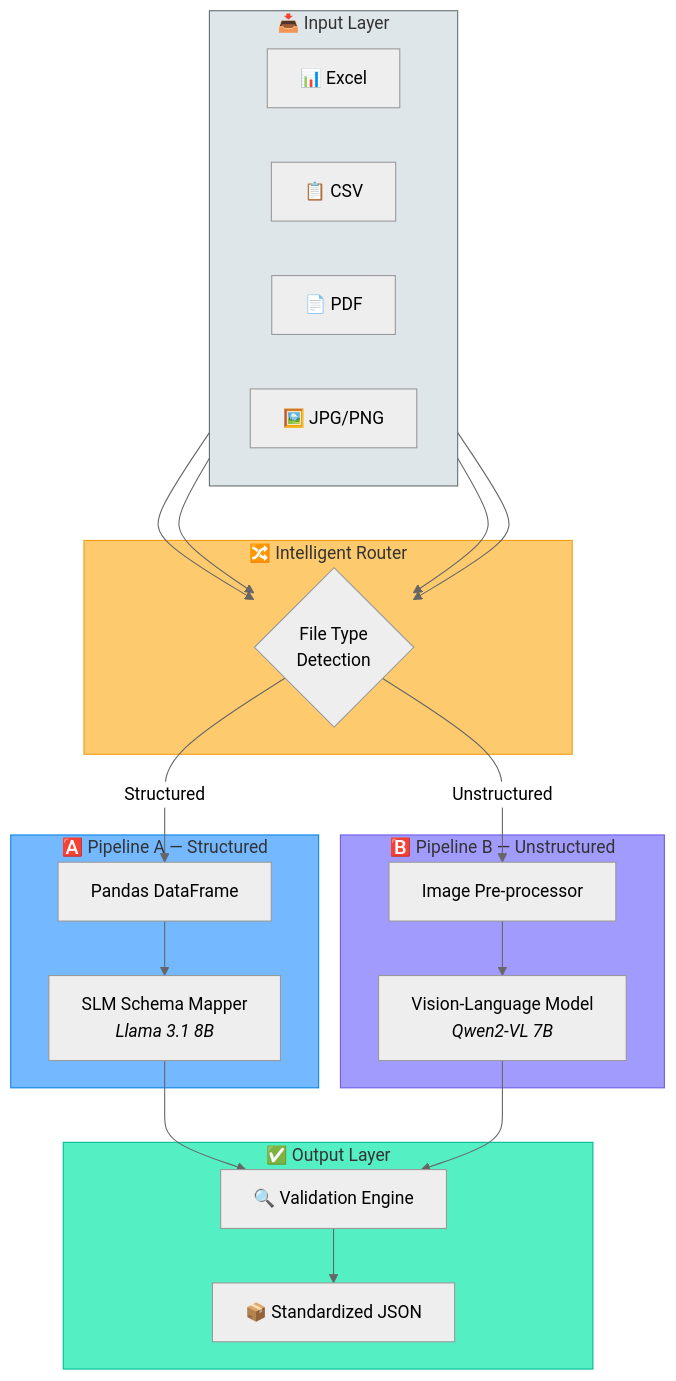
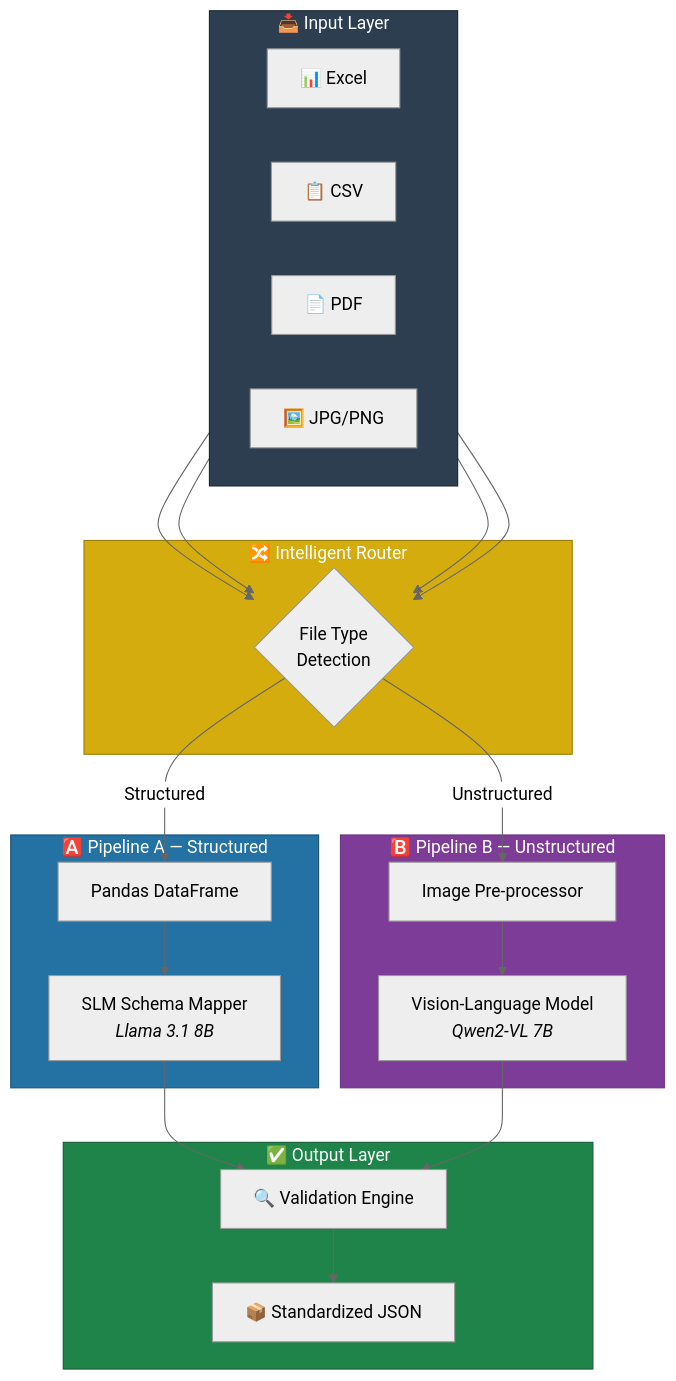
The second of 12 diagrams in README.md (KJCREATOR/VYOMEXTRACT), drawn with Mermaid (neutral theme) before and after one commit. The commit also changed other lines of this file, not shown here.

````diff
--- a/README.md
+++ b/README.md
@@ -63,45 +66,45 @@
 ```mermaid
 graph TB
     subgraph INPUT ["📥 Input Layer"]
         direction LR
         XLSX["📊 Excel"]
         CSV["📋 CSV"]
         PDF["📄 PDF"]
         IMG["🖼️ JPG/PNG"]
     end
 
     subgraph ROUTER ["🔀 Intelligent Router"]
         R{"File Type<br/>Detection"}
     end
 
     subgraph PIPELINE_A ["🅰️ Pipeline A — Structured"]
         PA1["Pandas DataFrame"]
         PA2["SLM Schema Mapper<br/><i>Llama 3.1 8B</i>"]
         PA1 --> PA2
     end
 
     subgraph PIPELINE_B ["🅱️ Pipeline B — Unstructured"]
         PB1["Image Pre-processor"]
         PB2["Vision-Language Model<br/><i>Qwen2-VL 7B</i>"]
         PB1 --> PB2
     end
 
     subgraph OUTPUT ["✅ Output Layer"]
         V["🔍 Validation Engine"]
         J["📦 Standardized JSON"]
         V --> J
     end
 
     XLSX & CSV --> R
     PDF & IMG --> R
     R -->|"Structured"| PA1
     R -->|"Unstructured"| PB1
     PA2 --> V
     PB2 --> V
 
-    style INPUT fill:#dfe6e9,stroke:#636e72
-    style ROUTER fill:#fdcb6e,stroke:#f39c12
-    style PIPELINE_A fill:#74b9ff,stroke:#0984e3
-    style PIPELINE_B fill:#a29bfe,stroke:#6c5ce7
-    style OUTPUT fill:#55efc4,stroke:#00b894
+    style INPUT fill:#2c3e50,stroke:#1a252f,color:#fff
+    style ROUTER fill:#d4ac0d,stroke:#9a7d0a,color:#fff
+    style PIPELINE_A fill:#2471a3,stroke:#1a5276,color:#fff
+    style PIPELINE_B fill:#7d3c98,stroke:#6c3483,color:#fff
+    style OUTPUT fill:#1e8449,stroke:#145a32,color:#fff
 ```
````
